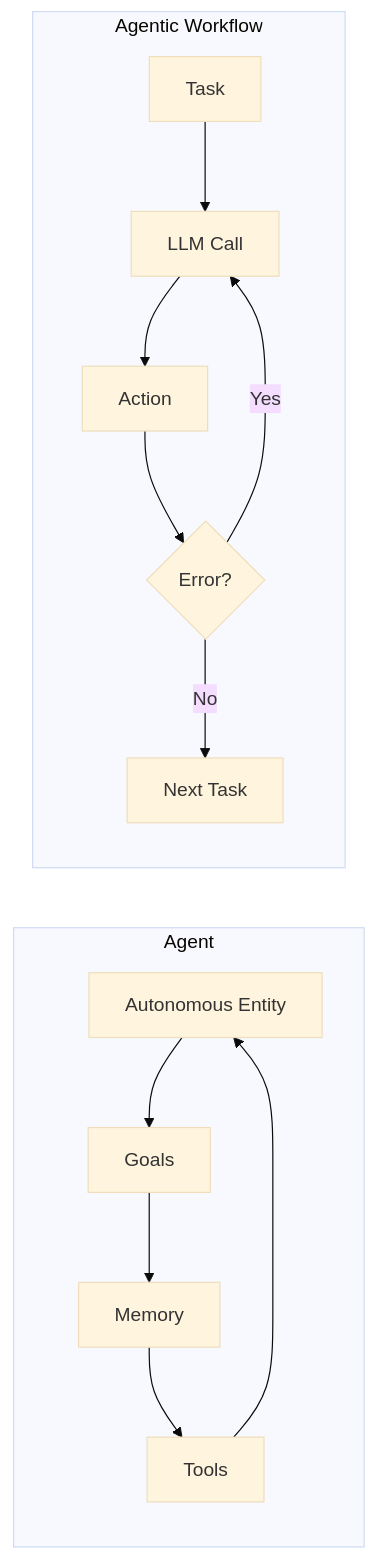
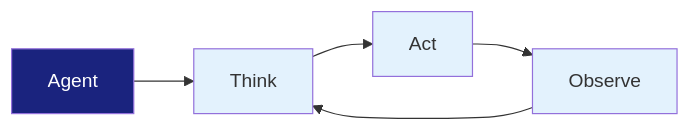
Before and after one commit to matthewhirschey/useR_talk_axolotr: the first of 2 diagrams in presentation.qmd, drawn with Mermaid. The commit also changed other lines of this file and 5 other files, not shown here.

````diff
--- a/presentation.qmd
+++ b/presentation.qmd
@@ -51,18 +58,13 @@
 ```{mermaid}
-%%{init: {'theme':'base', 'themeVariables': { 'fontSize': '16px'}}}%%
+%%{init: {'theme':'default'}}%%
 flowchart LR
-    subgraph "Agent"
-        A[Autonomous Entity] --> B[Goals]
-        B --> C[Memory]
-        C --> D[Tools]
-        D --> A
-    end
+    A[Agent] --> B[Think]
+    B --> C[Act]
+    C --> D[Observe]
+    D --> B
     
-    subgraph "Agentic Workflow"
-        E[Task] --> F[LLM Call]
-        F --> G[Action]
-        G --> H{Error?}
-        H -->|Yes| F
-        H -->|No| I[Next Task]
-    end
+    style A fill:#1a237e,color:#fff
+    style B fill:#e3f2fd
+    style C fill:#e3f2fd
+    style D fill:#e3f2fd
 ```
````
